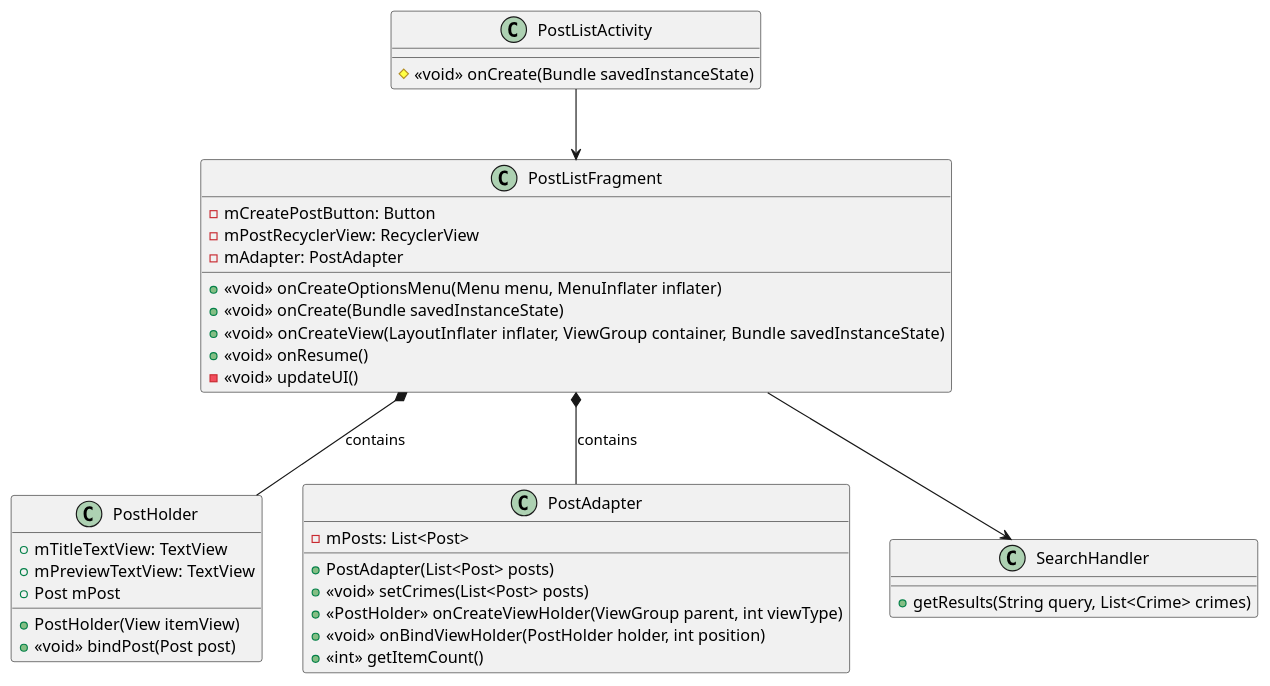
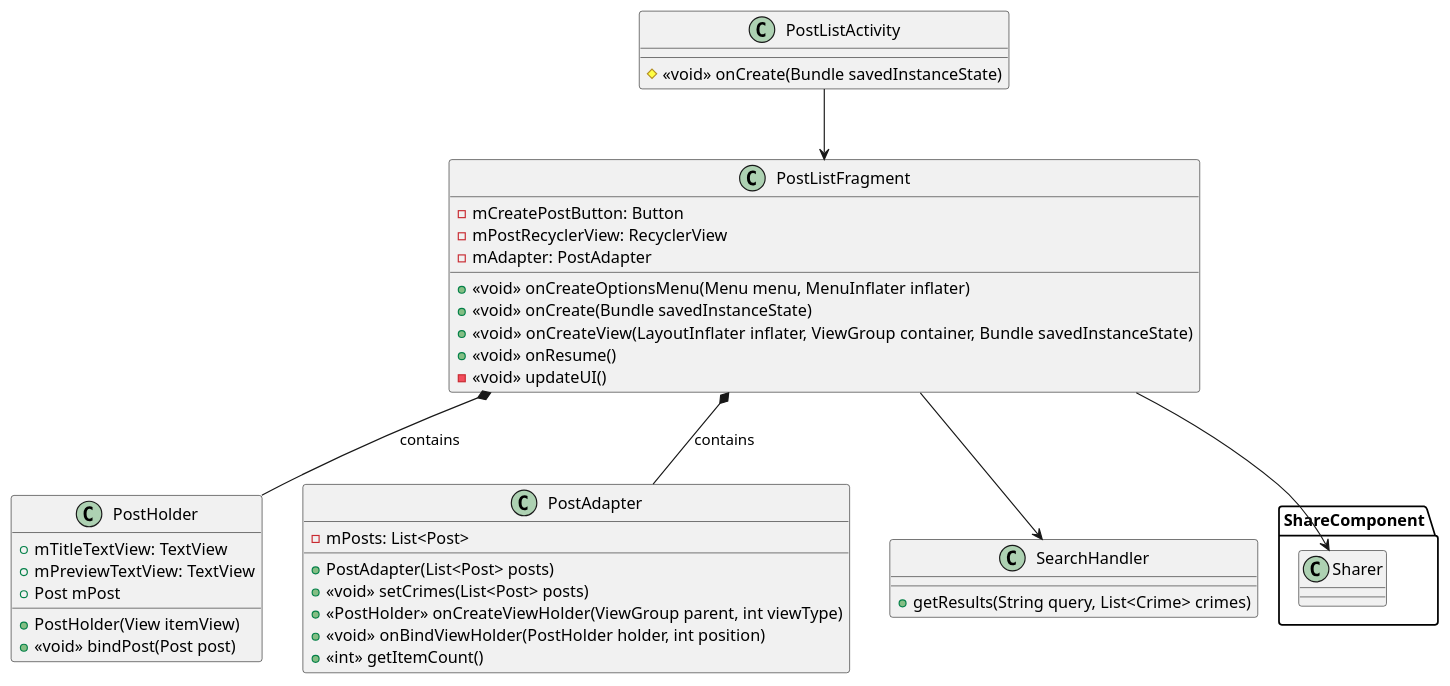
Before and after one commit to cBridges851/devwrite: the diagram in diagrams/Post List UML.puml, drawn with PlantUML.

Commit message:
Added call to share component in Post List UML

```diff
--- a/diagrams/Post List UML.puml
+++ b/diagrams/Post List UML.puml
@@ -1,44 +1,49 @@
 @startuml
 ' Post List Component
 
     class PostListActivity {
         # <<void>> onCreate(Bundle savedInstanceState)
     }
 
     class PostListFragment {
         - mCreatePostButton: Button
         - mPostRecyclerView: RecyclerView
         - mAdapter: PostAdapter
         + <<void>> onCreateOptionsMenu(Menu menu, MenuInflater inflater)
         + <<void>> onCreate(Bundle savedInstanceState)
         + <<void>> onCreateView(LayoutInflater inflater, ViewGroup container, Bundle savedInstanceState)
         + <<void>> onResume()
         - <<void>> updateUI()
     }
 
     class PostHolder {
         + mTitleTextView: TextView
         + mPreviewTextView: TextView
         + Post mPost
         + PostHolder(View itemView)
         + <<void>> bindPost(Post post)
     }
 
     class PostAdapter {
         - mPosts: List<Post>
         + PostAdapter(List<Post> posts)
         + <<void>> setCrimes(List<Post> posts)
         + <<PostHolder>> onCreateViewHolder(ViewGroup parent, int viewType)
         + <<void>> onBindViewHolder(PostHolder holder, int position)
         + <<int>> getItemCount()
     }
 
     class SearchHandler {
         + getResults(String query, List<Crime> crimes)
     }
 
+    namespace ShareComponent {
+        class Sharer
+    }
+
     PostListActivity --> PostListFragment
     PostListFragment --> SearchHandler
     PostListFragment *-- PostHolder : "contains"
     PostListFragment *-- PostAdapter : "contains"
+    PostListFragment --> Sharer
 @enduml
```
